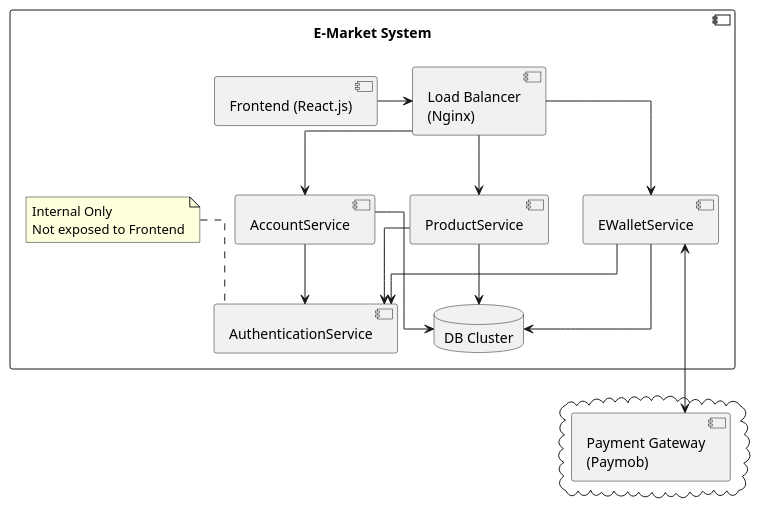
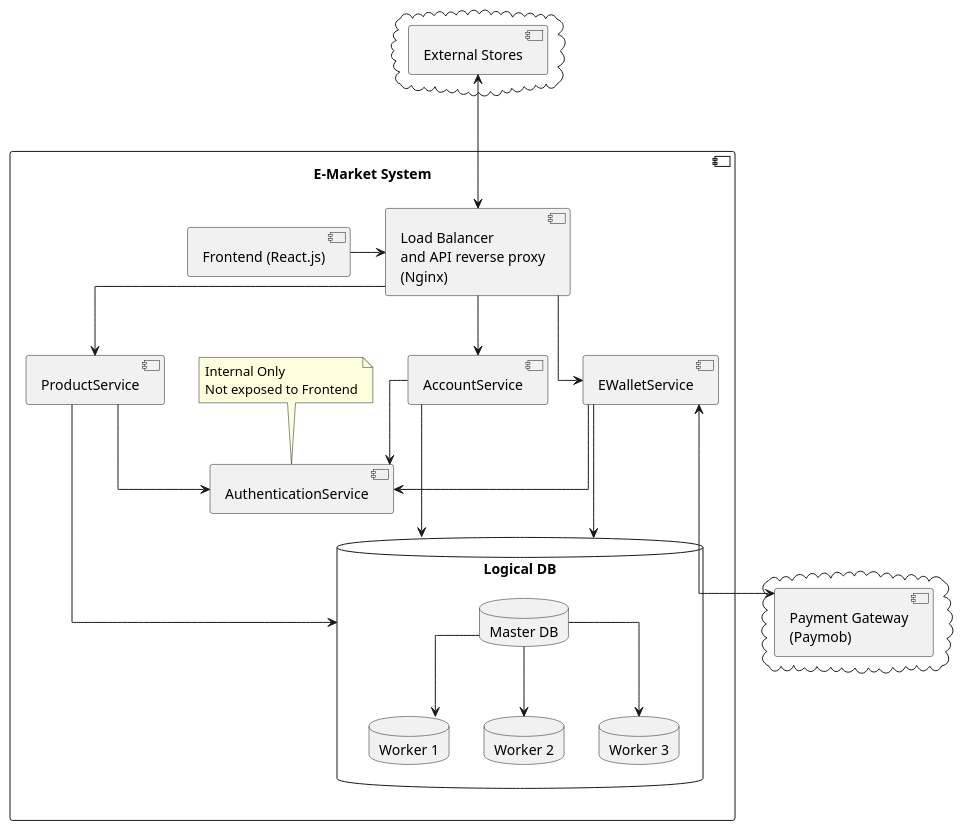
Before and after one commit to AhmedSaid3617/e-market-system: the diagram in docs/architecture.md, drawn with PlantUML.

Commit message:
Update architecture diagram to include External Stores and refine DB cluster representation

````diff
--- a/docs/architecture.md
+++ b/docs/architecture.md
@@ -3,52 +3,67 @@
 ```plantuml
 @startuml
 skinparam linetype ortho
+
+cloud {
+    component "External Stores" as ExternalStores
+}
 
 cloud {
 ' Define external services
 component "Payment Gateway\n(Paymob)" as PaymentGateway
 }
 
 component "E-Market System\n" {
 ' Define front-end
 component "Frontend (React.js)" as Frontend
 
 ' Define load balancer
-component "Load Balancer\n(Nginx)" as LB
+component "Load Balancer\nand API reverse proxy\n(Nginx)" as LB
 
 ' Define services
 component "AccountService" as AccountService
 component "ProductService" as ProductService
 component "EWalletService" as TransactionService
 component "AuthenticationService" as AuthService
 
 ' Define DB cluster
-database "DB Cluster" as DB
+database "Logical DB" as DB {
+    database "Master DB" as MasterDB
+    database "Worker 1" as W1
+    database "Worker 2" as W2
+    database "Worker 3" as W3
+}
+
+' Define DB cluster connections
+MasterDB --> W1
+MasterDB --> W2
+MasterDB --> W3
 
 ' Connections from Frontend
 Frontend -> LB
 
 ' Load balancer routes to services
 LB --> AccountService
 LB --> ProductService
 LB --> TransactionService
 
 ' Internal services call AuthenticationService
 AccountService --> AuthService
 ProductService --> AuthService
 TransactionService --> AuthService
 
 note top of AuthService
   Internal Only
   Not exposed to Frontend
 end note
 
 ' All services connect to DB cluster
-AccountService --> DB
-ProductService --> DB
-TransactionService --> DB
+AccountService ---> DB
+ProductService ---> DB
+TransactionService ---> DB
 }
 
 TransactionService <---> PaymentGateway
+ExternalStores <---> LB
 @enduml
 ```
````
